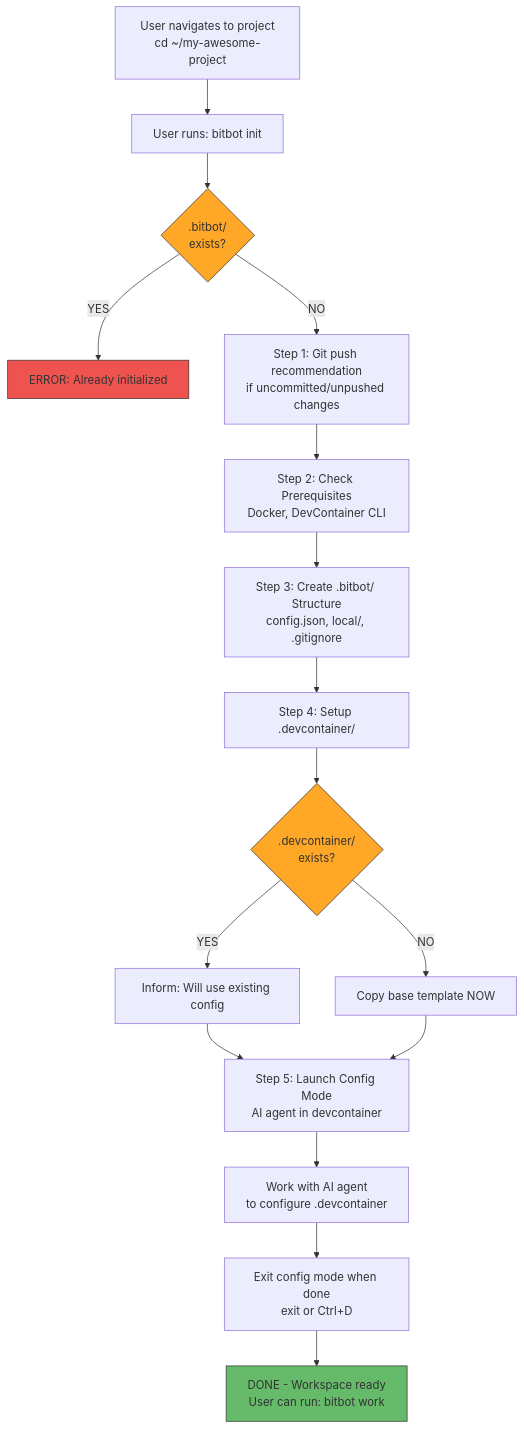
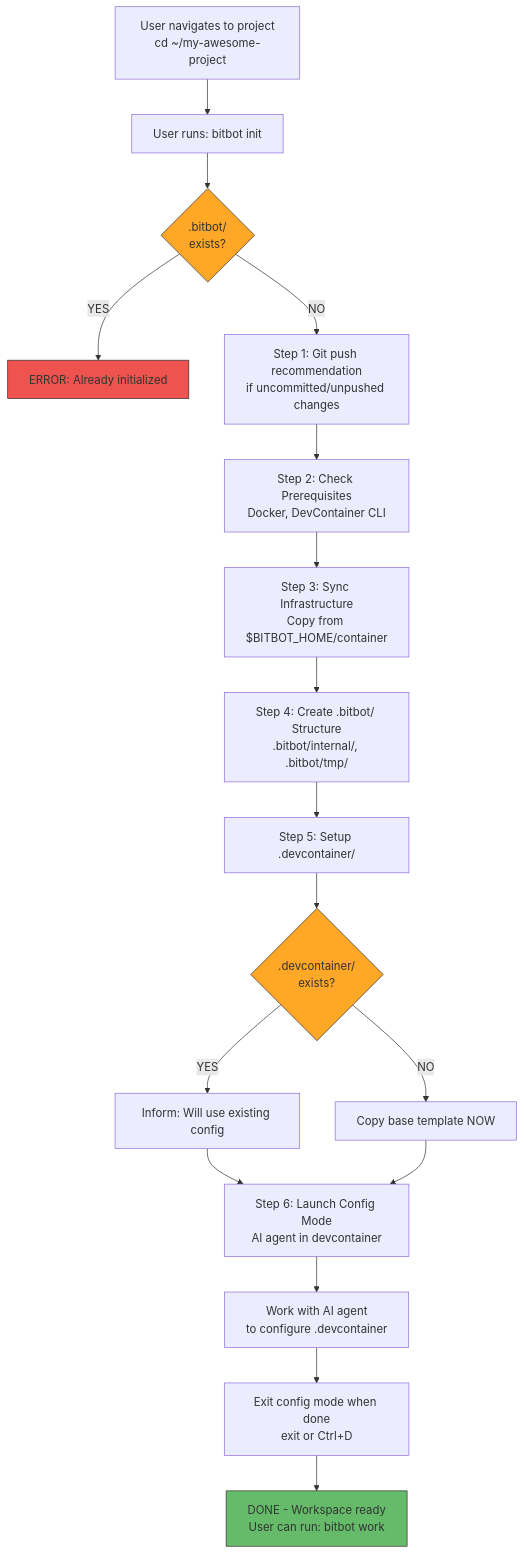
Before and after one commit to ManuelKugelmann/BitBot: the diagram in sparc/2-pseudocode/FLOW_WORKSPACE_INIT.md, drawn with Mermaid. The commit also changed other lines of this file and 25 other files, not shown here.

````diff
--- a/sparc/2-pseudocode/FLOW_WORKSPACE_INIT.md
+++ b/sparc/2-pseudocode/FLOW_WORKSPACE_INIT.md
@@ -19,33 +19,34 @@
 ```mermaid
 flowchart TD
     Start["User navigates to project<br/>cd ~/my-awesome-project"]
     Run["User runs: bitbot init"]
     CheckInit{.bitbot/<br/>exists?}
 
     Start --> Run --> CheckInit
 
     CheckInit -->|YES| Error[ERROR: Already initialized]
     CheckInit -->|NO| GitCheck[Step 1: Git push recommendation<br/>if uncommitted/unpushed changes]
 
     GitCheck --> Step2[Step 2: Check Prerequisites<br/>Docker, DevContainer CLI]
-    Step2 --> Step3[Step 3: Create .bitbot/ Structure<br/>config.json, local/, .gitignore]
-    Step3 --> Step4[Step 4: Setup .devcontainer/]
+    Step2 --> Step3[Step 3: Sync Infrastructure<br/>Copy from $BITBOT_HOME/container]
+    Step3 --> Step4[Step 4: Create .bitbot/ Structure<br/>.bitbot/internal/, .bitbot/tmp/]
+    Step4 --> Step5[Step 5: Setup .devcontainer/]
 
-    Step4 --> DevContainerExists{.devcontainer/<br/>exists?}
+    Step5 --> DevContainerExists{.devcontainer/<br/>exists?}
 
     DevContainerExists -->|YES| Inform[Inform: Will use existing config]
     DevContainerExists -->|NO| CopyTemplate[Copy base template NOW]
 
-    Inform --> Step5
-    CopyTemplate --> Step5
+    Inform --> Step6
+    CopyTemplate --> Step6
 
-    Step5[Step 5: Launch Config Mode<br/>AI agent in devcontainer]
-    Step5 --> InConfig[Work with AI agent<br/>to configure .devcontainer]
+    Step6[Step 6: Launch Config Mode<br/>AI agent in devcontainer]
+    Step6 --> InConfig[Work with AI agent<br/>to configure .devcontainer]
     InConfig --> Exit[Exit config mode when done<br/>exit or Ctrl+D]
     Exit --> Done[DONE - Workspace ready<br/>User can run: bitbot work]
 
     style CheckInit fill:#ffa726,stroke:#333,color:#333
     style DevContainerExists fill:#ffa726,stroke:#333,color:#333
     style Error fill:#ef5350,stroke:#333,color:#333
     style Done fill:#66bb6a,stroke:#333,color:#333
 ```
````
